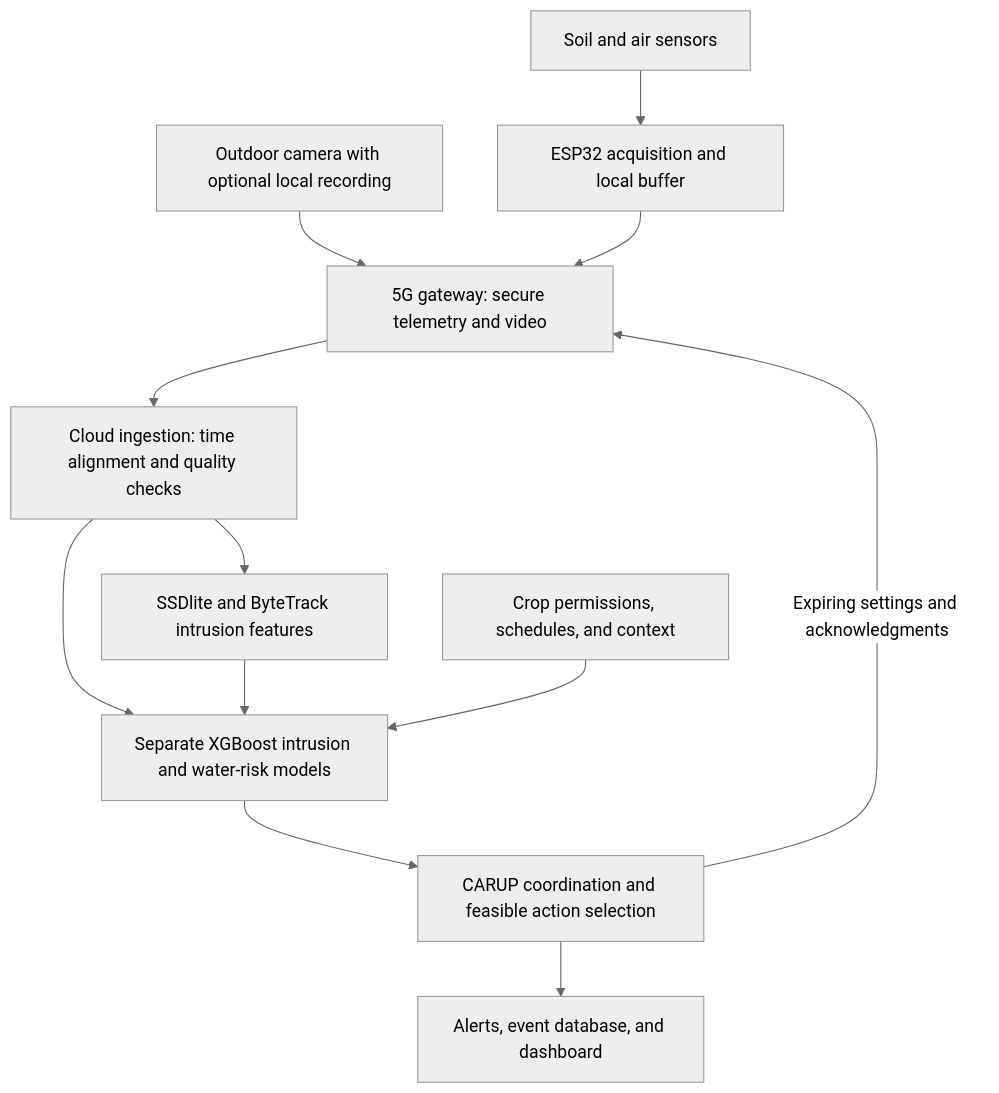
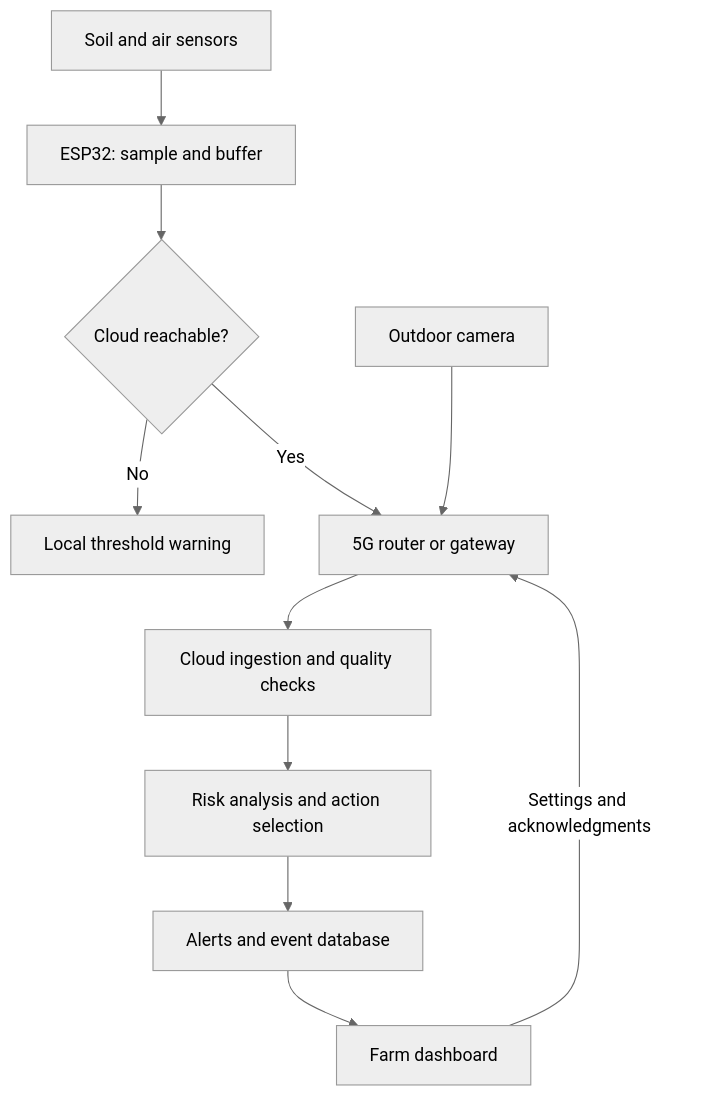
One commit to olamidebello/CAFP changed the third of 3 diagrams in README.md. Above: the diagram before and after it, drawn with Mermaid (neutral theme). The commit also changed other lines of this file, not shown here.

Commit message:
Rebuild device data flow and clarify member onboarding

````diff
--- a/README.md
+++ b/README.md
@@ -55,14 +51,13 @@
 ```mermaid
 flowchart TD
-    S["Soil and air sensors"] --> E["ESP32 acquisition and local buffer"]
-    C["Outdoor camera with optional local recording"] --> G["5G gateway: secure telemetry and video"]
-    E --> G
-    G --> Q["Cloud ingestion: time alignment and quality checks"]
-    Q --> V["SSDlite and ByteTrack intrusion features"]
-    Q --> X["Separate XGBoost intrusion and water-risk models"]
-    V --> X
-    P["Crop permissions, schedules, and context"] --> X
-    X --> R["CARUP coordination and feasible action selection"]
-    R --> A["Alerts, event database, and dashboard"]
-    R -->|"Expiring settings and acknowledgments"| G
+    S["Soil and air sensors"] --> E["ESP32: sample and buffer"]
+    E --> L{"Cloud reachable?"}
+    L -->|No| W["Local threshold warning"]
+    L -->|Yes| G["5G router or gateway"]
+    C["Outdoor camera"] --> G
+    G --> Q["Cloud ingestion and quality checks"]
+    Q --> R["Risk analysis and action selection"]
+    R --> A["Alerts and event database"]
+    A --> D["Farm dashboard"]
+    D -->|"Settings and acknowledgments"| G
 ```
````
